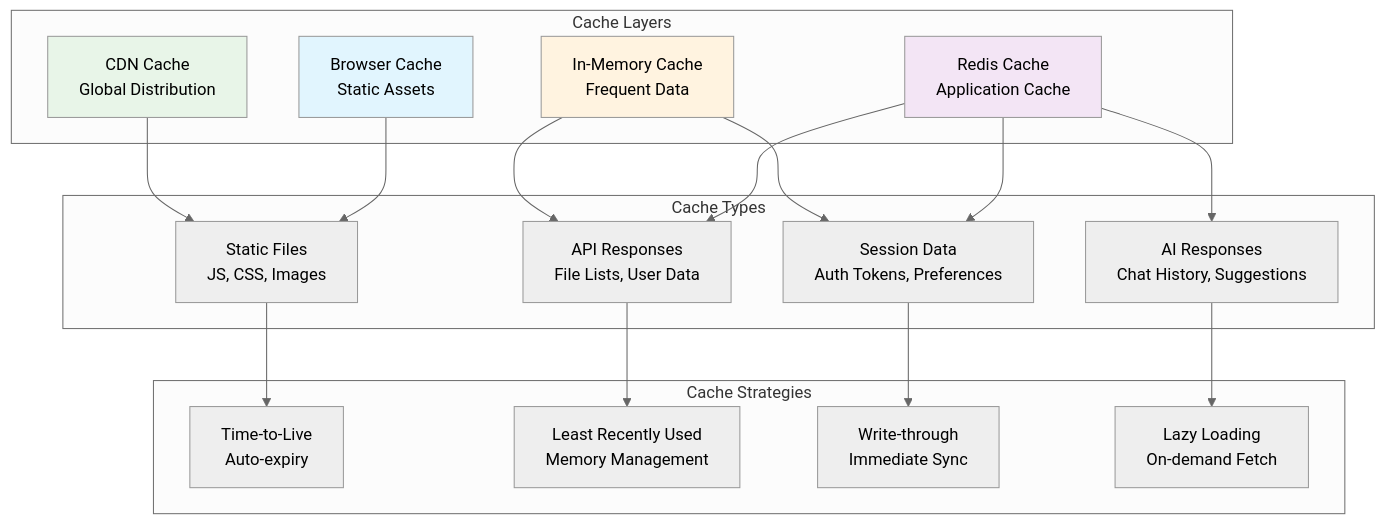
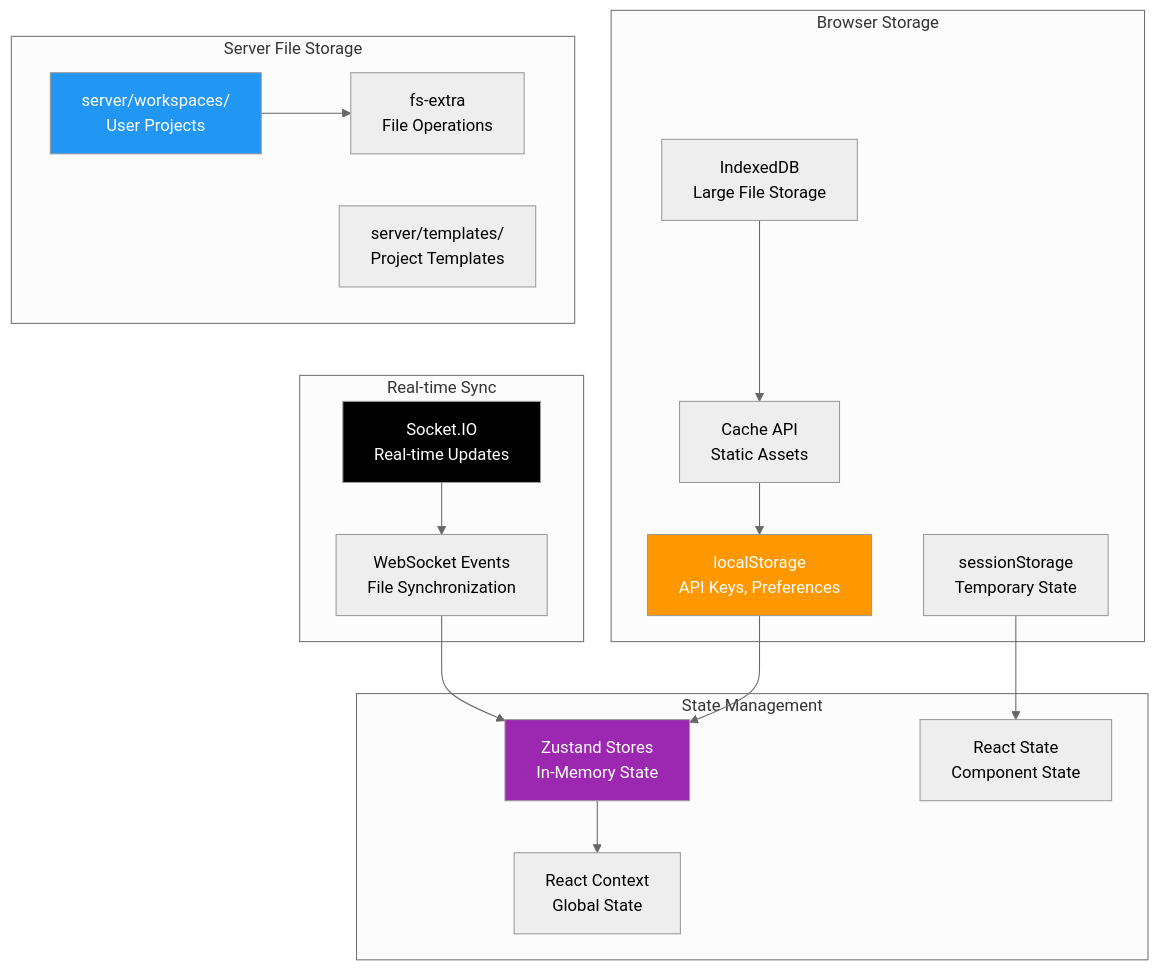
Before and after one commit to nishant-iith/autocode: the seventh of 12 diagrams in markdown-docs/03-system-architecture.md, drawn with Mermaid (neutral theme). The commit also changed other lines of this file and 5 other files, not shown here.

````diff
--- a/markdown-docs/03-system-architecture.md
+++ b/markdown-docs/03-system-architecture.md
@@ -515,41 +518,42 @@
 ```mermaid
 graph TB
-    subgraph "Cache Layers"
-        Browser[Browser Cache<br/>Static Assets]
-        CDN[CDN Cache<br/>Global Distribution]
-        Redis[Redis Cache<br/>Application Cache]
-        Memory[In-Memory Cache<br/>Frequent Data]
+    subgraph "Browser Storage"
+        LocalStorage[localStorage<br/>API Keys, Preferences]
+        SessionStorage[sessionStorage<br/>Temporary State]
+        IndexedDB[IndexedDB<br/>Large File Storage]
+        CacheAPI[Cache API<br/>Static Assets]
     end
 
-    subgraph "Cache Types"
-        Static[Static Files<br/>JS, CSS, Images]
-        API[API Responses<br/>File Lists, User Data]
-        Session[Session Data<br/>Auth Tokens, Preferences]
-        AI[AI Responses<br/>Chat History, Suggestions]
+    subgraph "Server File Storage"
+        Workspaces[server/workspaces/<br/>User Projects]
+        Templates[server/templates/<br/>Project Templates]
+        FileSystem[fs-extra<br/>File Operations]
     end
 
-    subgraph "Cache Strategies"
-        TTL[Time-to-Live<br/>Auto-expiry]
-        LRU[Least Recently Used<br/>Memory Management]
-        WriteThrough[Write-through<br/>Immediate Sync]
-        LazyLoad[Lazy Loading<br/>On-demand Fetch]
+    subgraph "State Management"
+        Zustand[Zustand Stores<br/>In-Memory State]
+        ReactState[React State<br/>Component State]
+        ContextAPI[React Context<br/>Global State]
     end
 
-    Browser --> Static
-    CDN --> Static
-    Redis --> API
-    Redis --> Session
-    Redis --> AI
-    Memory --> API
-    Memory --> Session
+    subgraph "Real-time Sync"
+        SocketIO[Socket.IO<br/>Real-time Updates]
+        WebSocketEvents[WebSocket Events<br/>File Synchronization]
+    end
 
-    Static --> TTL
-    API --> LRU
-    Session --> WriteThrough
-    AI --> LazyLoad
+    LocalStorage --> Zustand
+    SessionStorage --> ReactState
+    Zustand --> ContextAPI
+    Workspaces --> FileSystem
 
-    style Browser fill:#e1f5fe
-    style CDN fill:#e8f5e8
-    style Redis fill:#f3e5f5
-    style Memory fill:#fff3e0
+    SocketIO --> WebSocketEvents
+    WebSocketEvents --> Zustand
+
+    IndexedDB --> CacheAPI
+    CacheAPI --> LocalStorage
+
+    style LocalStorage fill:#FF9800,color:#fff
+    style Workspaces fill:#2196F3,color:#fff
+    style Zustand fill:#9C27B0,color:#fff
+    style SocketIO fill:#010101,color:#fff
 ```
````
